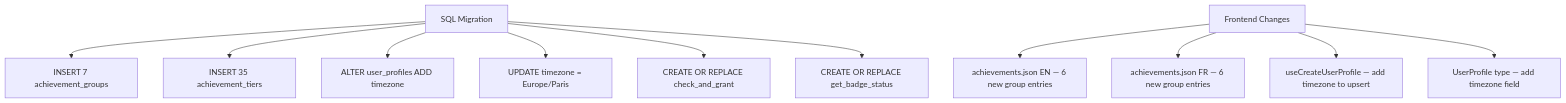
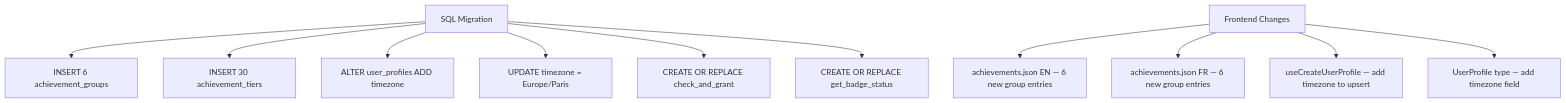
The second of 3 diagrams in docs/Tech_Plan_—_New_Achievement_Tracks_#218.md (PierreTsia/workout-app), drawn with Mermaid before and after one commit. The commit also changed other lines of this file and 1 other file, not shown here.

First line of the commit message:
docs(#218): update epic brief and tech plan for new achievement tracks

````diff
--- a/docs/Tech_Plan_—_New_Achievement_Tracks_#218.md
+++ b/docs/Tech_Plan_—_New_Achievement_Tracks_#218.md
@@ -555,16 +559,16 @@
 ```mermaid
 graph TD
     Migration["SQL Migration"]
-    Migration --> SeedGroups["INSERT 7 achievement_groups"]
-    Migration --> SeedTiers["INSERT 35 achievement_tiers"]
+    Migration --> SeedGroups["INSERT 6 achievement_groups"]
+    Migration --> SeedTiers["INSERT 30 achievement_tiers"]
     Migration --> TimezoneCol["ALTER user_profiles ADD timezone"]
     Migration --> TimezoneBackfill["UPDATE timezone = Europe/Paris"]
     Migration --> ReplaceRPC1["CREATE OR REPLACE check_and_grant"]
     Migration --> ReplaceRPC2["CREATE OR REPLACE get_badge_status"]
 
     Frontend["Frontend Changes"]
     Frontend --> i18nEN["achievements.json EN — 6 new group entries"]
     Frontend --> i18nFR["achievements.json FR — 6 new group entries"]
     Frontend --> TZCapture["useCreateUserProfile — add timezone to upsert"]
     Frontend --> TypeUpdate["UserProfile type — add timezone field"]
 ```
````
